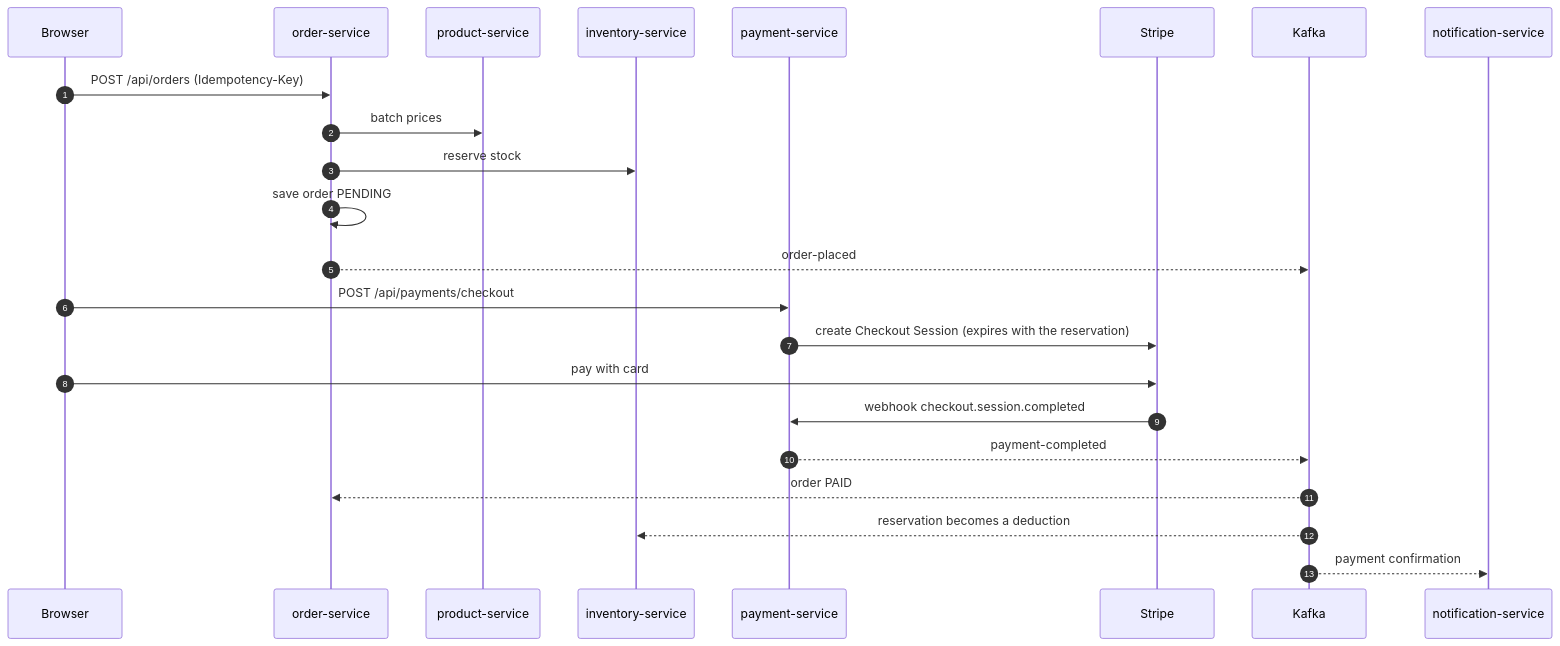
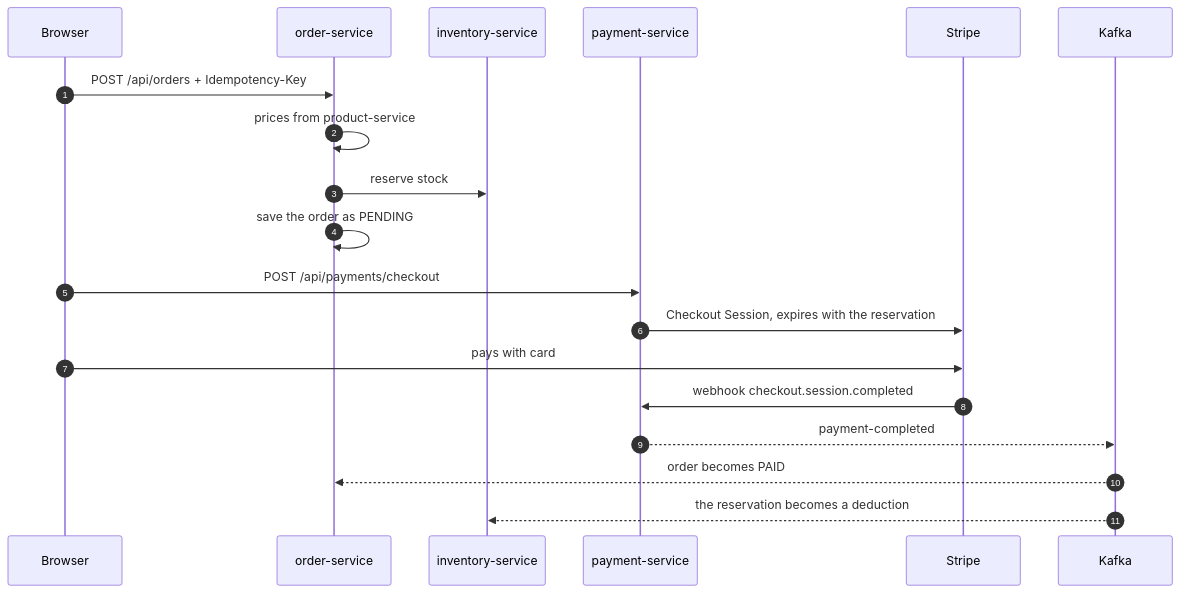
One commit to bakaruu/skate-shop changed the second of 2 diagrams in README.md. Above: the diagram before and after it, drawn with Mermaid. The commit also changed other lines of this file, not shown here.

Commit message:
docs: redraw the architecture diagrams so they actually read

````diff
--- a/README.md
+++ b/README.md
@@ -89,26 +61,22 @@
 ```mermaid
 sequenceDiagram
     autonumber
     participant B as Browser
     participant O as order-service
-    participant P as product-service
     participant I as inventory-service
-    participant Pay as payment-service
+    participant P as payment-service
     participant S as Stripe
     participant K as Kafka
-    participant N as notification-service
 
-    B->>O: POST /api/orders (Idempotency-Key)
-    O->>P: batch prices
+    B->>O: POST /api/orders + Idempotency-Key
+    O->>O: prices from product-service
     O->>I: reserve stock
-    O->>O: save order PENDING
-    O-->>K: order-placed
-    B->>Pay: POST /api/payments/checkout
-    Pay->>S: create Checkout Session (expires with the reservation)
-    B->>S: pay with card
-    S->>Pay: webhook checkout.session.completed
-    Pay-->>K: payment-completed
-    K-->>O: order PAID
-    K-->>I: reservation becomes a deduction
-    K-->>N: payment confirmation
+    O->>O: save the order as PENDING
+    B->>P: POST /api/payments/checkout
+    P->>S: Checkout Session, expires with the reservation
+    B->>S: pays with card
+    S->>P: webhook checkout.session.completed
+    P-->>K: payment-completed
+    K-->>O: order becomes PAID
+    K-->>I: the reservation becomes a deduction
 ```
````
